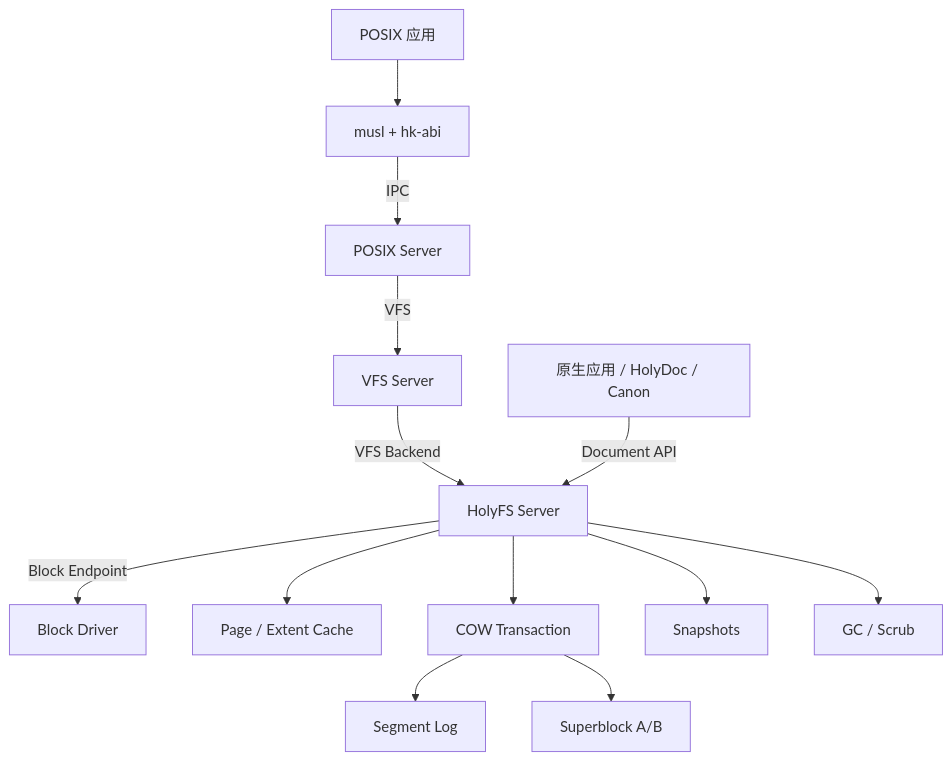
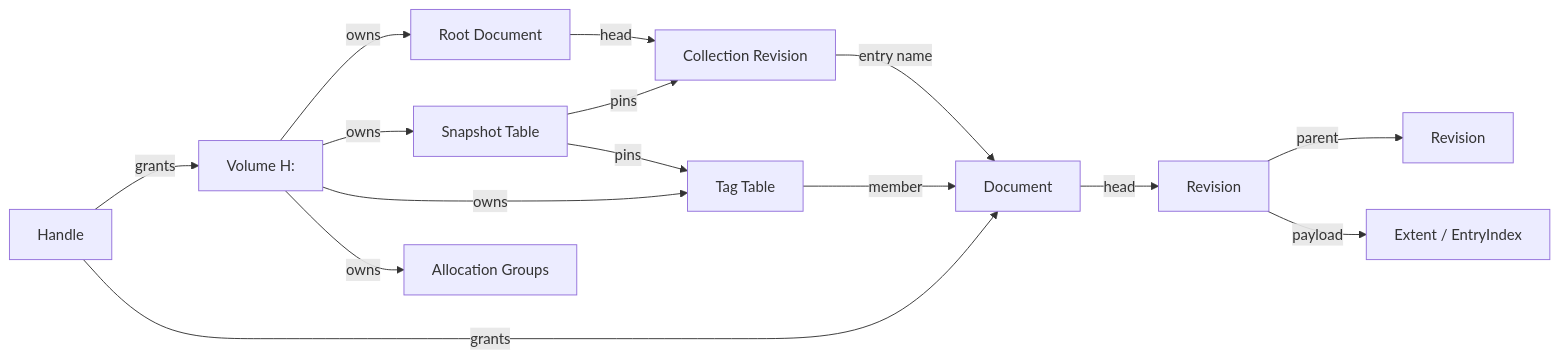
Before and after one commit to hongweifei/HolyKernel: the first of 3 diagrams in docs/holyfs.md, drawn with Mermaid. The commit also changed other lines of this file and 17 other files, not shown here.

````diff
--- a/docs/holyfs.md
+++ b/docs/holyfs.md
@@ -40,15 +113,17 @@
 ```mermaid
-flowchart TB
-    PosixApp["POSIX 应用"] --> Libc["musl + hk-abi"]
-    Libc -->|IPC| POSIX["POSIX Server"]
-    POSIX -->|VFS| VFS["VFS Server"]
-    VFS -->|VFS Backend| RS["HolyFS Server"]
-    Native["原生应用 / HolyDoc / Canon"] -->|Document API| RS
-    RS -->|Block Endpoint| Blk["Block Driver"]
-    RS --> Cache["Page / Extent Cache"]
-    RS --> Txn["COW Transaction"]
-    Txn --> Log["Segment Log"]
-    Txn --> SB["Superblock A/B"]
-    RS --> Snap["Snapshots"]
-    RS --> GC["GC / Scrub"]
+flowchart LR
+    V["Volume H:"] -->|owns| R["Root Document"]
+    V -->|owns| S["Snapshot Table"]
+    V -->|owns| T["Tag Table"]
+    V -->|owns| G["Allocation Groups"]
+    R -->|head| RC["Collection Revision"]
+    RC -->|entry name| D["Document"]
+    D -->|head| RV["Revision"]
+    RV -->|parent| RV2["Revision"]
+    RV -->|payload| E["Extent / EntryIndex"]
+    T -->|member| D
+    S -->|pins| RC
+    S -->|pins| T
+    H["Handle"] -->|grants| V
+    H -->|grants| D
 ```
````
